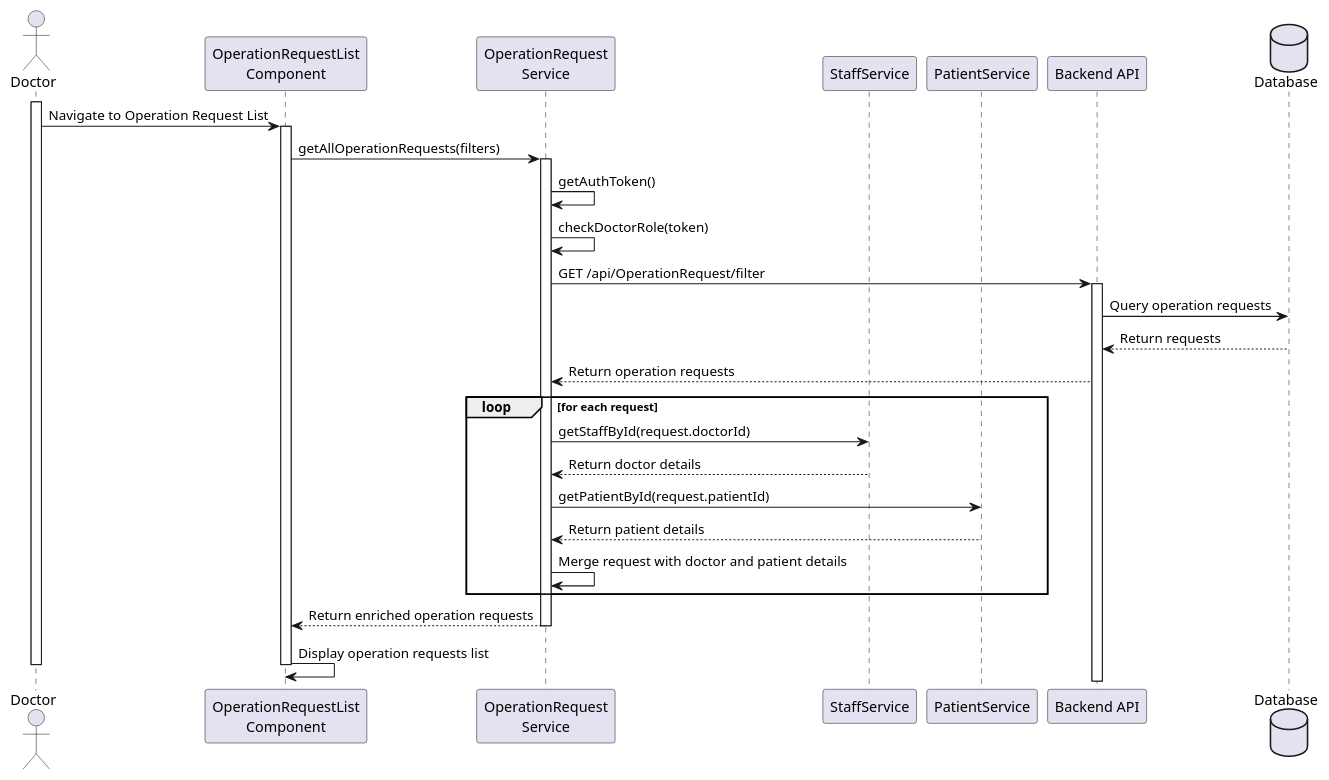
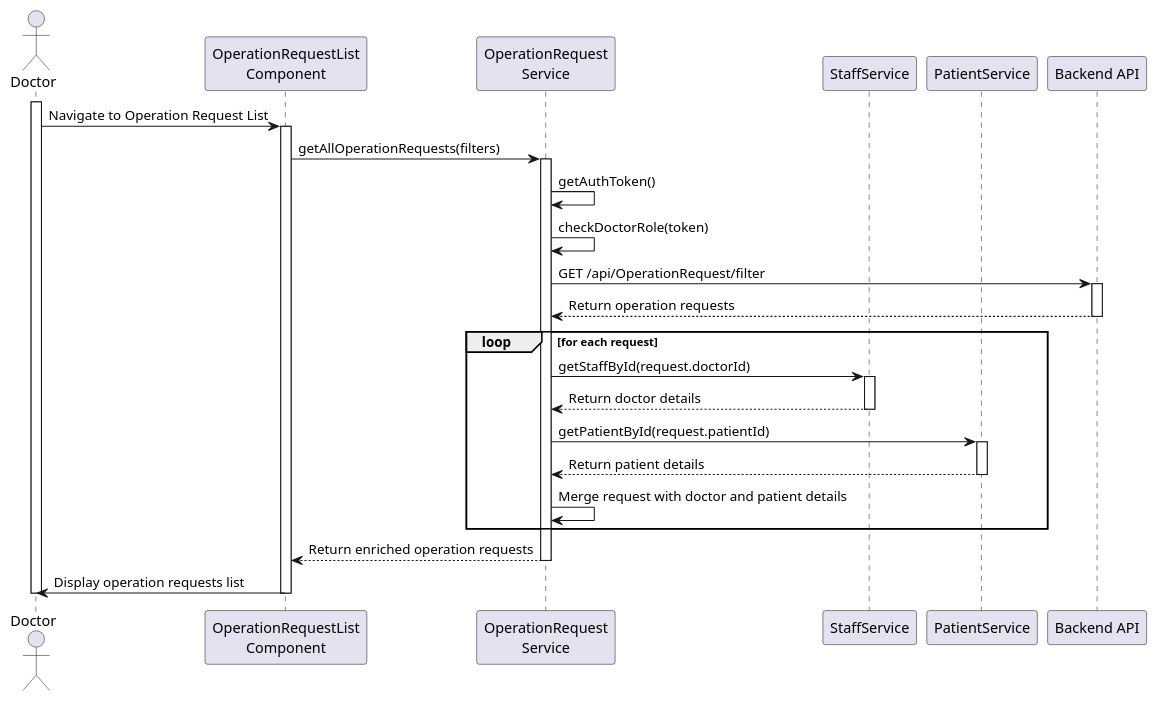
Before and after one commit to HugBar/3DC_G17: the diagram in docs/Sprint2/US 6.2.17/SD.puml, drawn with PlantUML. The commit also changed 11 other files, not shown here.

```diff
--- a/docs/Sprint2/US 6.2.17/SD.puml
+++ b/docs/Sprint2/US 6.2.17/SD.puml
@@ -1,47 +1,44 @@
-@startuml Operation Request List UI Sequence Diagram
-
+@startuml
 actor Doctor
 participant "OperationRequestList\nComponent" as UI
 participant "OperationRequest\nService" as ORS
 participant "StaffService" as SS
 participant "PatientService" as PS
 participant "Backend API" as API
-database "Database" as DB
 
 activate Doctor
 Doctor -> UI: Navigate to Operation Request List
 activate UI
 
 UI -> ORS: getAllOperationRequests(filters)
 activate ORS
 
 ORS -> ORS: getAuthToken()
 ORS -> ORS: checkDoctorRole(token)
 
 ORS -> API: GET /api/OperationRequest/filter
 activate API
-API -> DB: Query operation requests
-DB --> API: Return requests
 API --> ORS: Return operation requests
-
+deactivate API
 loop for each request
     ORS -> SS: getStaffById(request.doctorId)
+    activate SS
     SS --> ORS: Return doctor details
-    
+    deactivate SS
     ORS -> PS: getPatientById(request.patientId)
+    activate PS
     PS --> ORS: Return patient details
-    
+    deactivate PS
     ORS -> ORS: Merge request with doctor and patient details
 end
 
 ORS --> UI: Return enriched operation requests
 deactivate ORS
 
-UI -> UI: Display operation requests list
+UI -> Doctor: Display operation requests list
 
 
 
 deactivate UI
 deactivate Doctor
-
 @enduml
```
